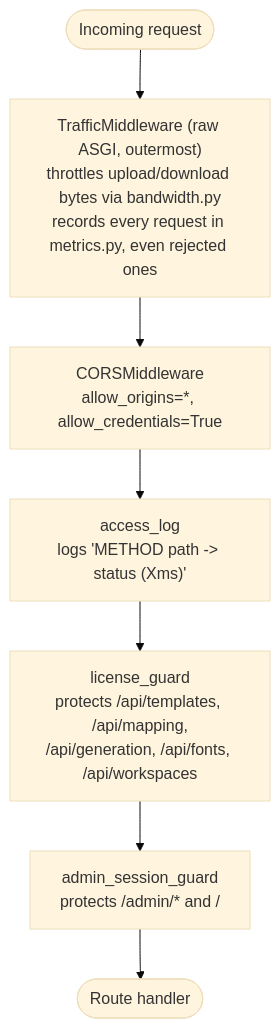
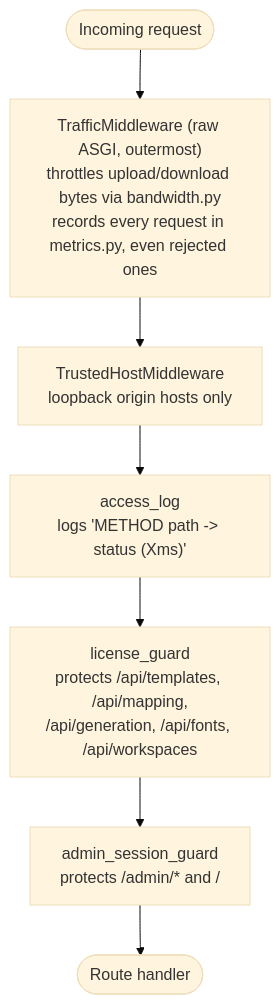
Before and after one commit to Sighton-GH/YearbookAutomator: the third of 5 diagrams in docs/01-architecture.md, drawn with Mermaid (base theme). The commit also changed other lines of this file and 69 other files, not shown here.

````diff
--- a/docs/01-architecture.md
+++ b/docs/01-architecture.md
@@ -60,10 +60,10 @@
 ```mermaid
 flowchart TB
     req(["Incoming request"]) --> traffic
     traffic["TrafficMiddleware (raw ASGI, outermost)<br/>throttles upload/download bytes via bandwidth.py<br/>records every request in metrics.py, even rejected ones"]
-    traffic --> cors["CORSMiddleware<br/>allow_origins=*, allow_credentials=True"]
-    cors --> accesslog["access_log<br/>logs 'METHOD path -> status (Xms)'"]
+    traffic --> host["TrustedHostMiddleware<br/>loopback origin hosts only"]
+    host --> accesslog["access_log<br/>logs 'METHOD path -> status (Xms)'"]
     accesslog --> license["license_guard<br/>protects /api/templates, /api/mapping,<br/>/api/generation, /api/fonts, /api/workspaces"]
     license --> admin["admin_session_guard<br/>protects /admin/* and /"]
     admin --> route(["Route handler"])
 ```
````
